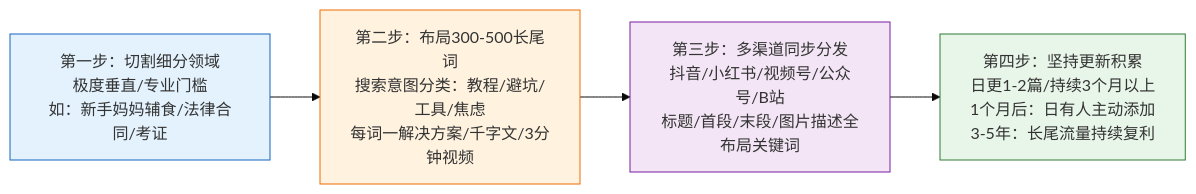
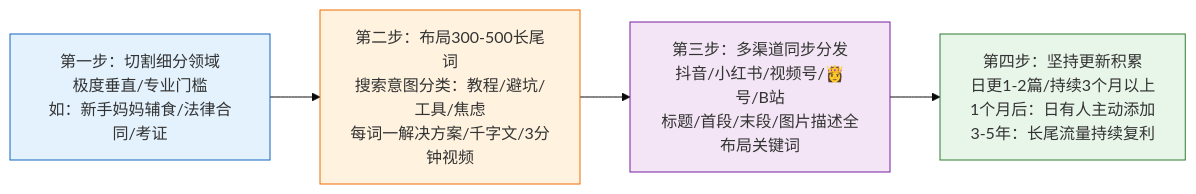
One commit to OpenDocCN1/flygon-zhuanqian-zhoubao changed diagram 12 of 55 in docs/202301-02_paper2textbook/asset/body_fix_03143370416328b8c8d08fdc97a6cff0_05291e68b8caed1ca3d2cbc0b76a0d58_cb254e60c9892f262f1c3c39236cd9ad_3600878f58de957fa1e7b071ba19b5db.md. Above: the diagram before and after it, drawn with Mermaid (base theme). The commit also changed other lines of this file and 6688 other files, not shown here.

````diff
--- a/docs/202301-02_paper2textbook/asset/body_fix_03143370416328b8c8d08fdc97a6cff0_05291e68b8caed1ca3d2cbc0b76a0d58_cb254e60c9892f262f1c3c39236cd9ad_3600878f58de957fa1e7b071ba19b5db.md
+++ b/docs/202301-02_paper2textbook/asset/body_fix_03143370416328b8c8d08fdc97a6cff0_05291e68b8caed1ca3d2cbc0b76a0d58_cb254e60c9892f262f1c3c39236cd9ad_3600878f58de957fa1e7b071ba19b5db.md
@@ -730,11 +730,11 @@
 ```mermaid
 flowchart LR
     A[第一步：切割细分领域\n极度垂直/专业门槛\n如：新手妈妈辅食/法律合同/考证] --> B[第二步：布局300-500长尾词\n搜索意图分类：教程/避坑/工具/焦虑\n每词一解决方案/千字文/3分钟视频]
-    B --> C[第三步：多渠道同步分发\n抖音/小红书/视频号/公众号/B站\n标题/首段/末段/图片描述全布局关键词]
+    B --> C[第三步：多渠道同步分发\n抖音/小红书/视频号/👸号/B站\n标题/首段/末段/图片描述全布局关键词]
     C --> D[第四步：坚持更新积累\n日更1-2篇/持续3个月以上\n1个月后：日有人主动添加\n3-5年：长尾流量持续复利]
     
     style A fill:#e3f2fd,stroke:#1565c0
     style B fill:#fff3e0,stroke:#ef6c00
     style C fill:#f3e5f5,stroke:#7b1fa2
     style D fill:#e8f5e9,stroke:#2e7d32
 ```
````
